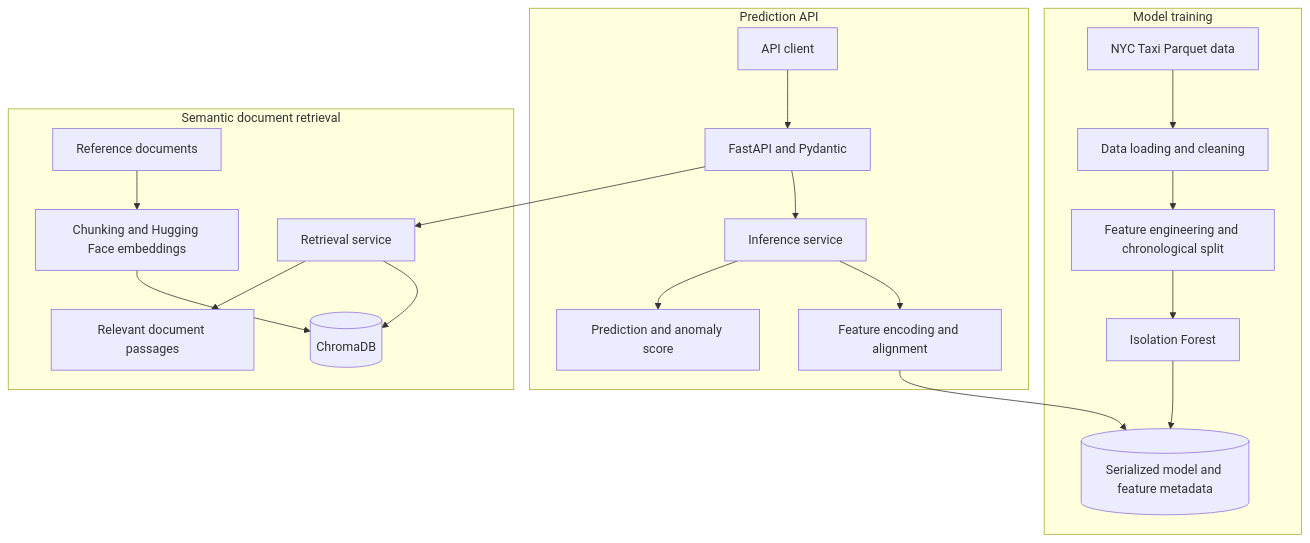
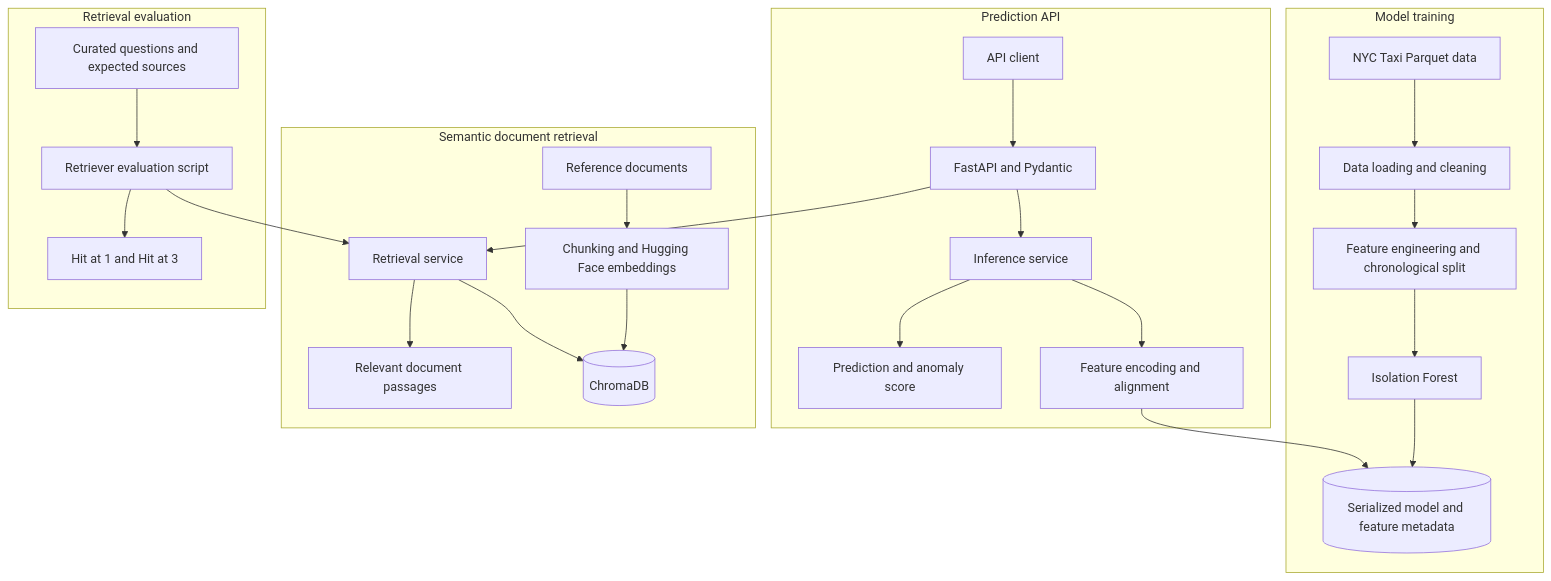
The first of 2 diagrams in README.md (HAIBALLA1/FareAudit-ai), drawn with Mermaid before and after one commit. The commit also changed other lines of this file and 15 other files, not shown here.

````diff
--- a/README.md
+++ b/README.md
@@ -37,25 +38,31 @@
 ```mermaid
 flowchart TD
     subgraph Training[Model training]
         A[NYC Taxi Parquet data] --> B[Data loading and cleaning]
         B --> C[Feature engineering and chronological split]
         C --> D[Isolation Forest]
         D --> E[(Serialized model and feature metadata)]
     end
 
     subgraph Serving[Prediction API]
         F[API client] --> G[FastAPI and Pydantic]
         G --> H[Inference service]
         H --> I[Feature encoding and alignment]
         I --> E
         H --> J[Prediction and anomaly score]
     end
 
     subgraph Retrieval[Semantic document retrieval]
         K[Reference documents] --> L[Chunking and Hugging Face embeddings]
         L --> M[(ChromaDB)]
         G --> N[Retrieval service]
         N --> M
         N --> O[Relevant document passages]
     end
+
+    subgraph Evaluation[Retrieval evaluation]
+        P[Curated questions and expected sources] --> Q[Retriever evaluation script]
+        Q --> N
+        Q --> R[Hit at 1 and Hit at 3]
+    end
 ```
````
